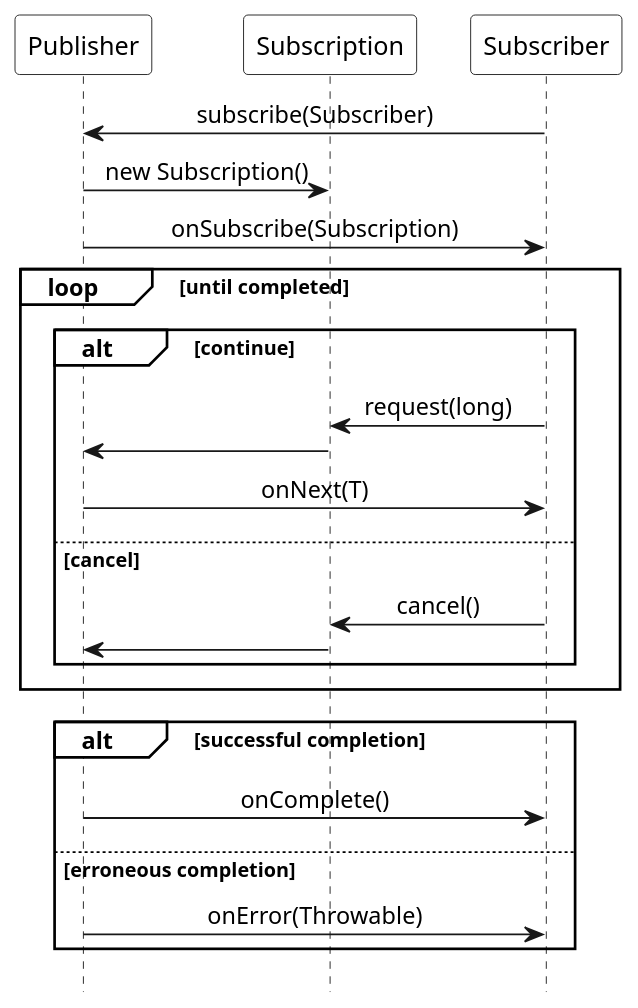
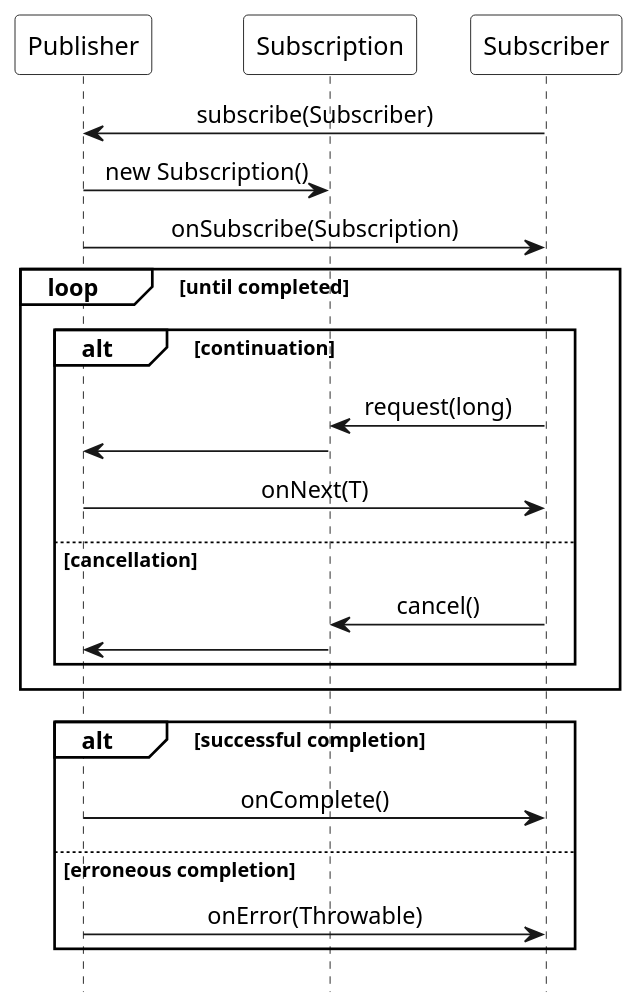
One commit to ti-cortex-m4/demo-java-reactive-streams-old changed the diagram in images/Reactive_Streams_workflow.puml. Above: the diagram before and after it, drawn with PlantUML. The commit also changed 4 other files, not shown here.

```diff
--- a/images/Reactive_Streams_workflow.puml
+++ b/images/Reactive_Streams_workflow.puml
@@ -1,41 +1,41 @@
 @startuml
 
 scale 1.2
 hide footbox
 
 !pragma teoz true
 
 skinparam monochrome true
 skinparam defaultFontName Source Sans Pro
 skinparam sequenceMessageAlign center
 skinparam participantBackgroundColor #white
 skinparam noteBackgroundColor #white
 skinparam sequenceGroupBackgroundColor #white
 skinparam participantPadding 10
 
 participant Publisher
 participant Subscription
 participant Subscriber
 
 Subscriber -> Publisher : subscribe(Subscriber)
 Publisher -> Subscription : new Subscription()
 Publisher -> Subscriber : onSubscribe(Subscription)
 
 loop until completed
-    alt continue
+    alt continuation
         Subscriber -> Subscription : request(long)
         Subscription -> Publisher
         Publisher -> Subscriber : onNext(T)
-    else cancel
+    else cancellation
         Subscriber -> Subscription : cancel()
         Subscription -> Publisher
     end
 end
 
 alt successful completion
     Publisher -> Subscriber : onComplete()
 else erroneous completion
     Publisher -> Subscriber : onError(Throwable)
 end
 
 @enduml
```
